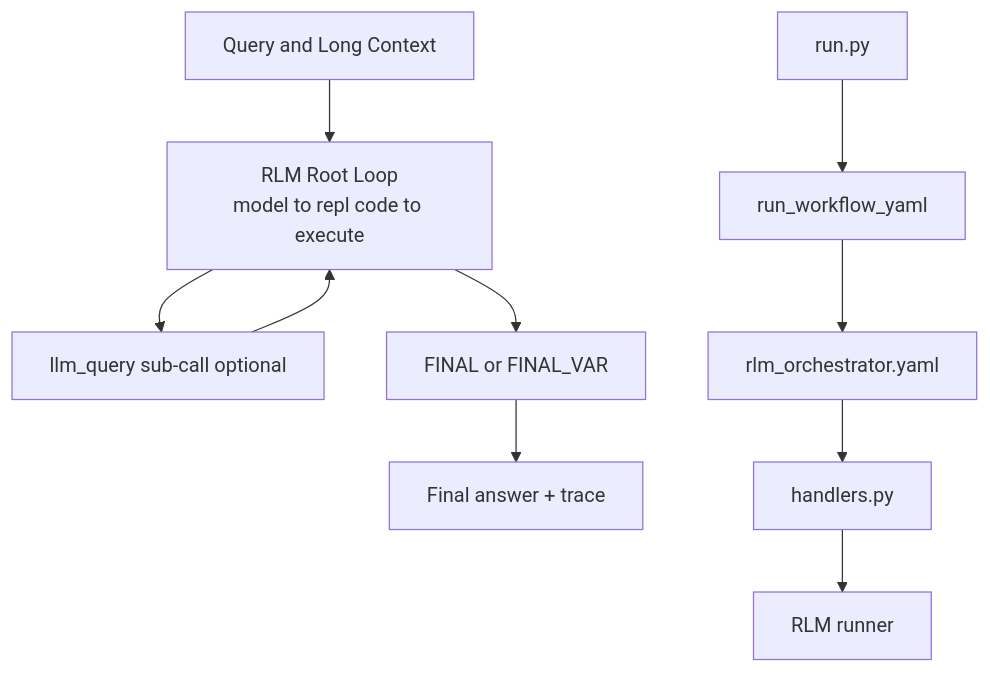
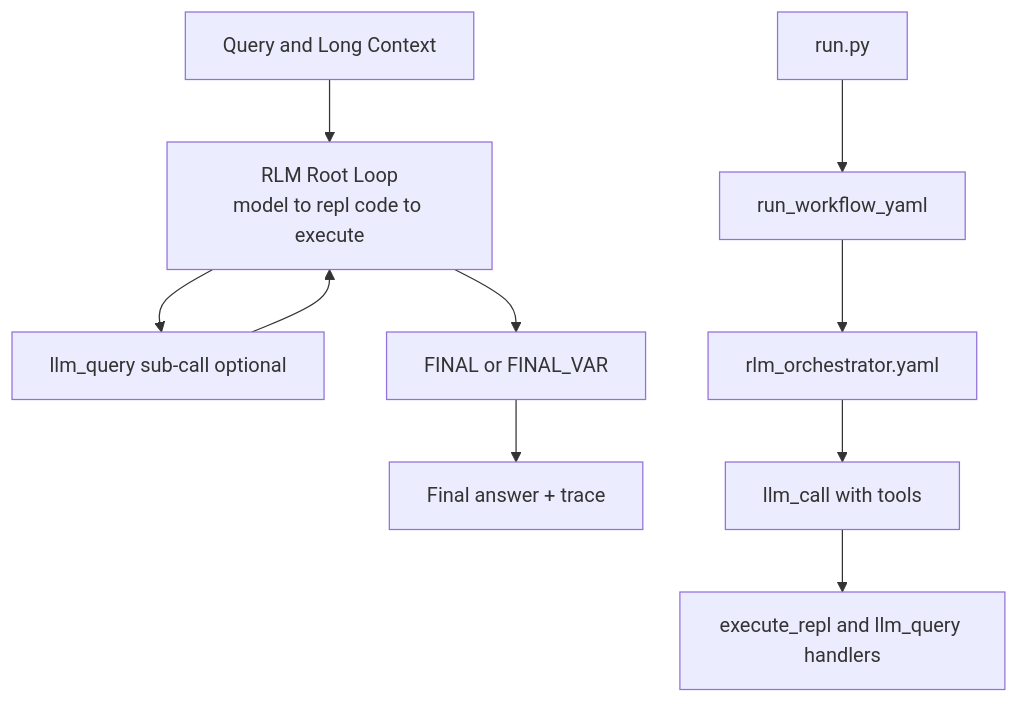
Before and after one commit to CraftsMan-Labs/SimpleAgentsRLM: the diagram in README.md, drawn with Mermaid. The commit also changed other lines of this file and 6 other files, not shown here.

First line of the commit message:
feat: migrate RLM integration to simple-agents tools

````diff
--- a/README.md
+++ b/README.md
@@ -35,13 +36,13 @@
 ```mermaid
 flowchart TD
     A[Query and Long Context] --> B["RLM Root Loop<br/>model to repl code to execute"]
     B --> C[llm_query sub-call optional]
     B --> D[FINAL or FINAL_VAR]
     C --> B
     D --> E[Final answer + trace]
 
     F[run.py] --> G[run_workflow_yaml]
     G --> H[rlm_orchestrator.yaml]
-    H --> I[handlers.py]
-    I --> J[RLM runner]
+    H --> I[llm_call with tools]
+    I --> J[execute_repl and llm_query handlers]
 ```
````
